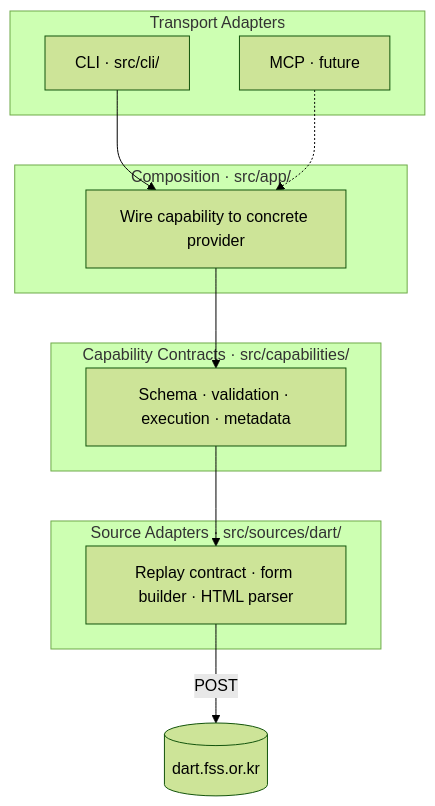
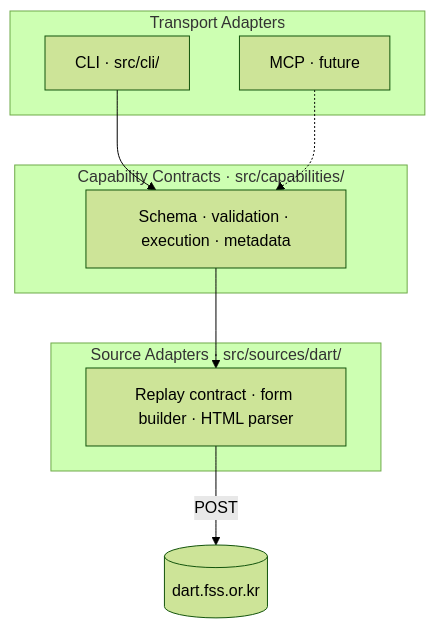
The first of 6 diagrams in src/ARCHITECTURE.md (cpaikr/darty), drawn with Mermaid (forest theme) before and after one commit. The commit also changed other lines of this file and 7 other files, not shown here.

````diff
--- a/src/ARCHITECTURE.md
+++ b/src/ARCHITECTURE.md
@@ -24,25 +25,20 @@
 ```mermaid
 graph TD
     subgraph Transport["Transport Adapters"]
         CLI["CLI · src/cli/"]
         MCP["MCP · future"]
-    end
-
-    subgraph Comp["Composition · src/app/"]
-        APP["Wire capability to concrete provider"]
     end
 
     subgraph Cap["Capability Contracts · src/capabilities/"]
         CAP["Schema · validation · execution · metadata"]
     end
 
     subgraph Src["Source Adapters · src/sources/dart/"]
         SRC["Replay contract · form builder · HTML parser"]
     end
 
-    CLI --> APP
-    MCP -.-> APP
-    APP --> CAP
+    CLI --> CAP
+    MCP -.-> CAP
     CAP --> SRC
     SRC -->|POST| DART[("dart.fss.or.kr")]
 ```
````
